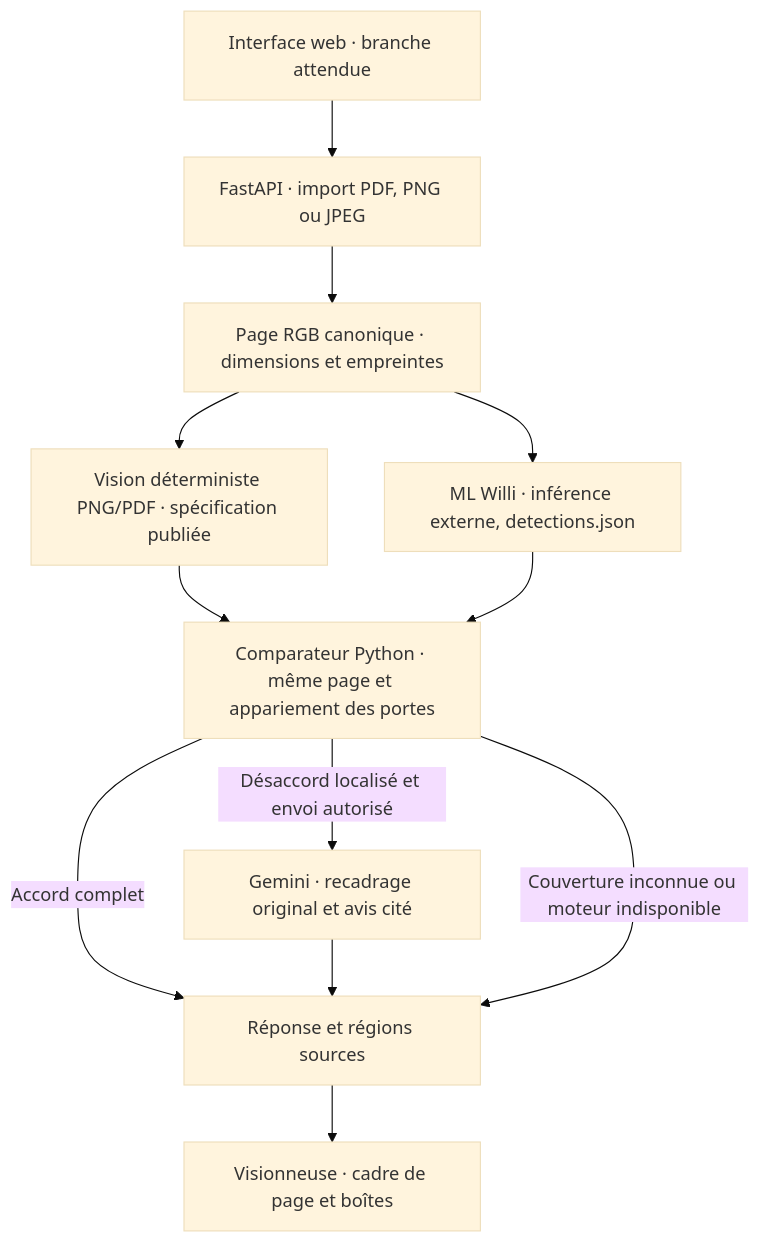
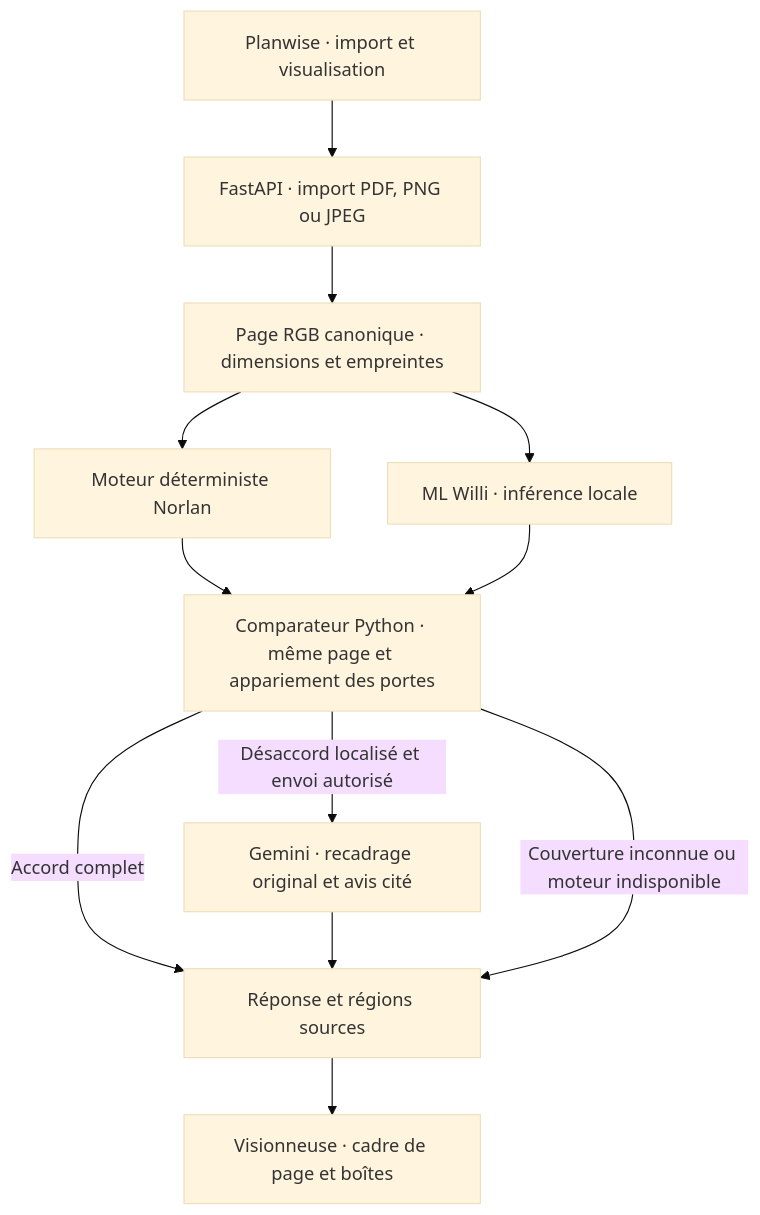
One commit to Willi-CQ/Planproof changed the diagram in docs/project-context.md. Above: the diagram before and after it, drawn with Mermaid (base theme). The commit also changed other lines of this file and 10 other files, not shown here.

````diff
--- a/docs/project-context.md
+++ b/docs/project-context.md
@@ -7,14 +7,14 @@
 ```mermaid
 flowchart TD
-    A["Interface web · branche attendue"] --> B["FastAPI · import PDF, PNG ou JPEG"]
+    A["Planwise · import et visualisation"] --> B["FastAPI · import PDF, PNG ou JPEG"]
     B --> C["Page RGB canonique · dimensions et empreintes"]
-    C --> D["Vision déterministe PNG/PDF · spécification publiée"]
-    C --> E["ML Willi · inférence externe, detections.json"]
+    C --> D["Moteur déterministe Norlan"]
+    C --> E["ML Willi · inférence locale"]
     D --> F["Comparateur Python · même page et appariement des portes"]
     E --> F
     F -->|Accord complet| H["Réponse et régions sources"]
     F -->|Désaccord localisé et envoi autorisé| G["Gemini · recadrage original et avis cité"]
     G --> H
     F -->|Couverture inconnue ou moteur indisponible| H
     H --> I["Visionneuse · cadre de page et boîtes"]
 ```
````
